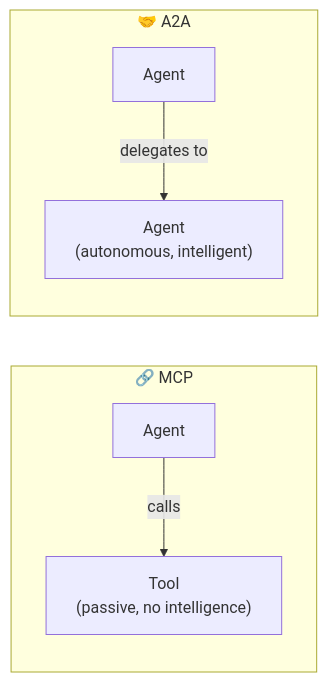
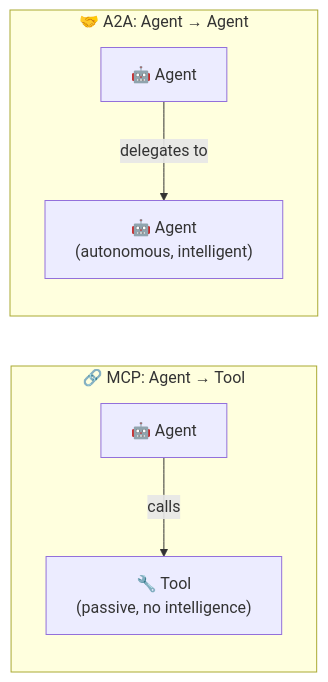
One commit to roie9876/AI-Agent-Platform changed diagram 22 of 27 in education/en/16-agent-frameworks.md. Above: the diagram before and after it, drawn with Mermaid. The commit also changed other lines of this file and 1 other file, not shown here.

Commit message:
fix+feat: escape dollar signs in mermaid, expand MCP and A2A sections in chapter 16 with architecture diagrams, code examples, Agent Card JSON samples, and communication flows

````diff
--- a/education/en/16-agent-frameworks.md
+++ b/education/en/16-agent-frameworks.md
@@ -702,10 +959,10 @@
 ```mermaid
 graph LR
-    subgraph "🔗 MCP"
-        MCPA["Agent"] -->|"calls"| MCPT["Tool<br/>(passive, no intelligence)"]
+    subgraph "🔗 MCP: Agent → Tool"
+        MCPA["🤖 Agent"] -->|"calls"| MCPT["🔧 Tool<br/>(passive, no intelligence)"]
     end
     
-    subgraph "🤝 A2A"
-        A2AA["Agent"] -->|"delegates to"| A2AB["Agent<br/>(autonomous, intelligent)"]
+    subgraph "🤝 A2A: Agent → Agent"
+        A2AA["🤖 Agent"] -->|"delegates to"| A2AB["🤖 Agent<br/>(autonomous, intelligent)"]
     end
 ```
````
